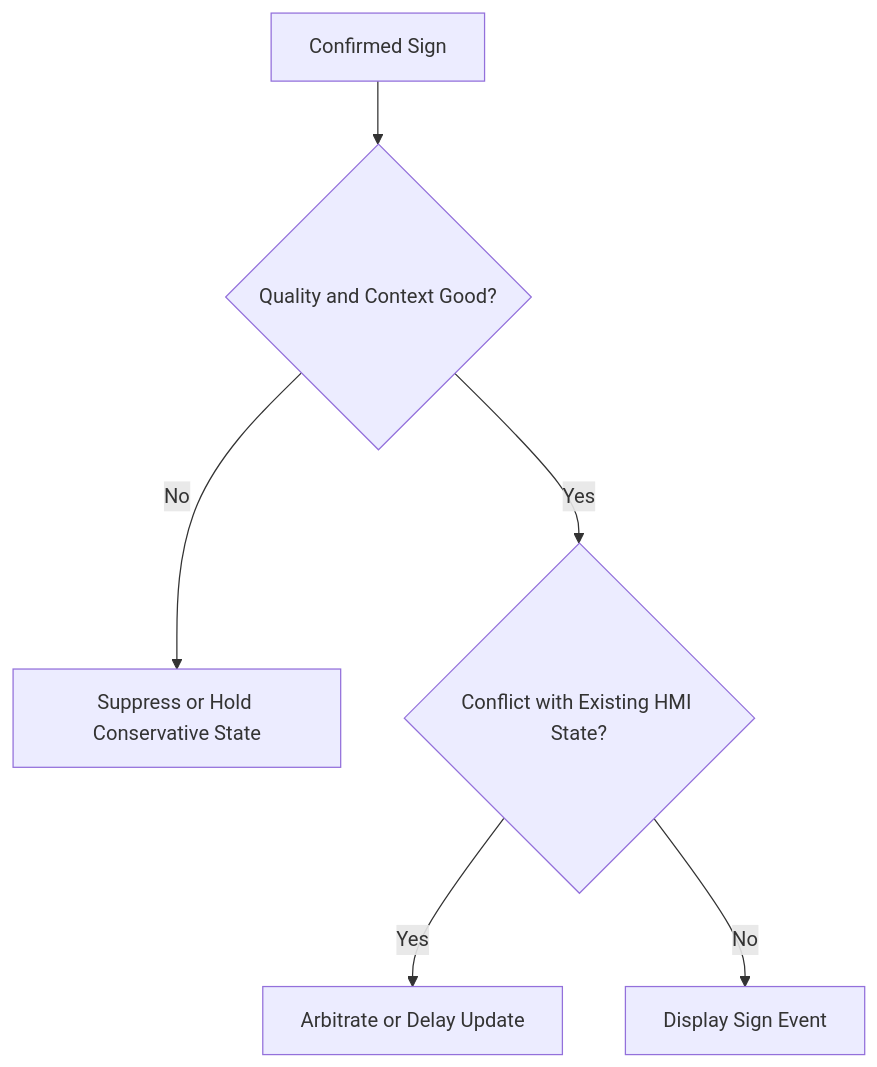
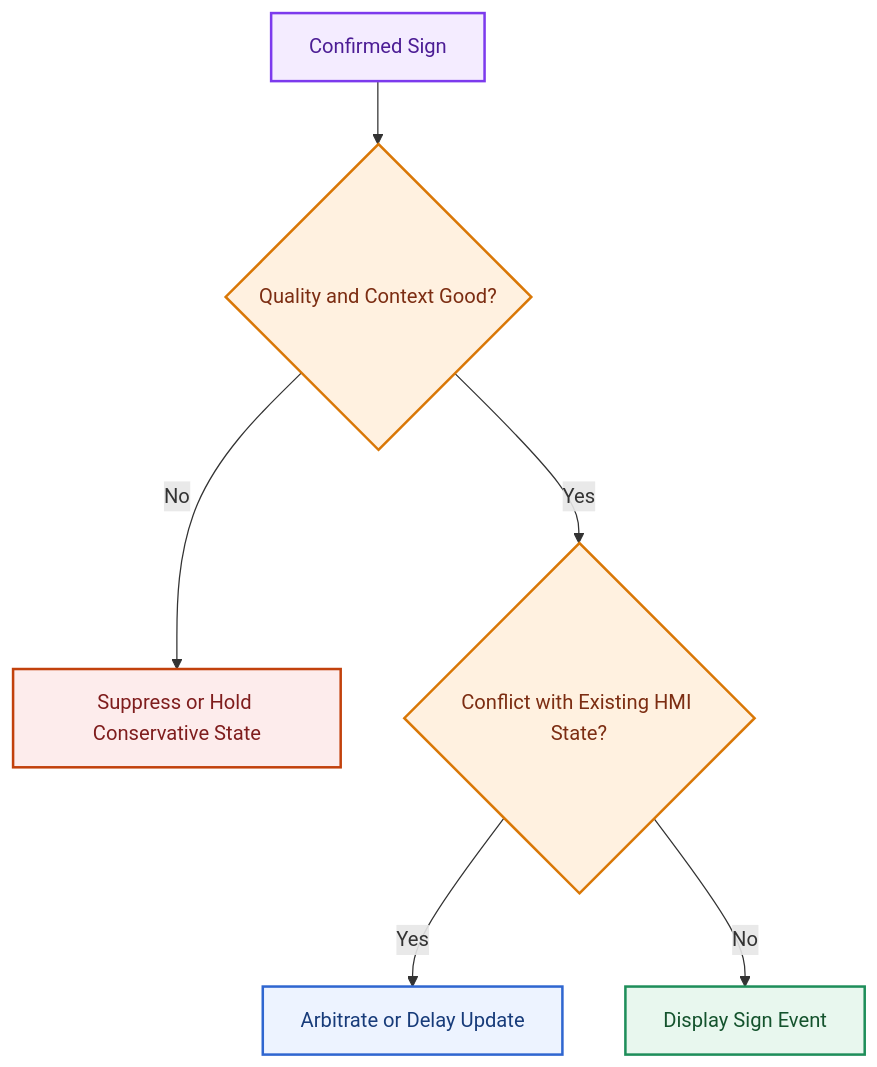
Before and after one commit to LeNguyenHaiDuong/adas-tsr: diagram 29 of 48 in research/1.research_tsr_three_part_unified.md, drawn with Mermaid. The commit also changed other lines of this file and 5 other files, not shown here.

Commit message:
Add mermaid color

````diff
--- a/research/1.research_tsr_three_part_unified.md
+++ b/research/1.research_tsr_three_part_unified.md
@@ -1925,8 +2014,19 @@
 ```mermaid
 flowchart TD
     A[Confirmed Sign] --> B{Quality and Context Good?}
     B -- No --> C[Suppress or Hold Conservative State]
     B -- Yes --> D{Conflict with Existing HMI State?}
     D -- Yes --> E[Arbitrate or Delay Update]
     D -- No --> F[Display Sign Event]
+
+    classDef temporal fill:#F4ECFF,stroke:#7C3AED,color:#4C1D95,stroke-width:2px;
+    classDef decision fill:#FFF1E0,stroke:#D97706,color:#7C2D12,stroke-width:2px;
+    classDef risk fill:#FDECEC,stroke:#C2410C,color:#7F1D1D,stroke-width:2px;
+    classDef feature fill:#EDF3FF,stroke:#2F66D0,color:#173B7A,stroke-width:2px;
+    classDef integration fill:#E8F7EE,stroke:#1E8E5A,color:#14532D,stroke-width:2px;
+    class A temporal;
+    class B,D decision;
+    class C risk;
+    class E feature;
+    class F integration;
 ```
````
